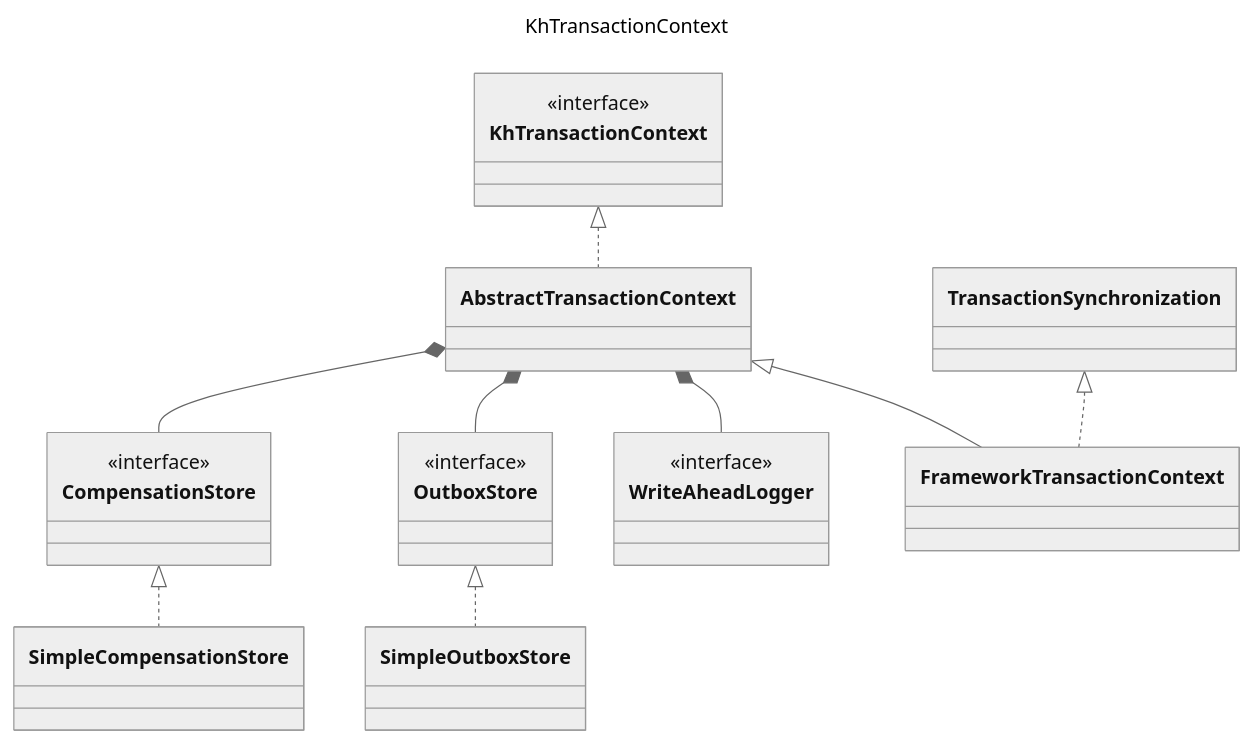
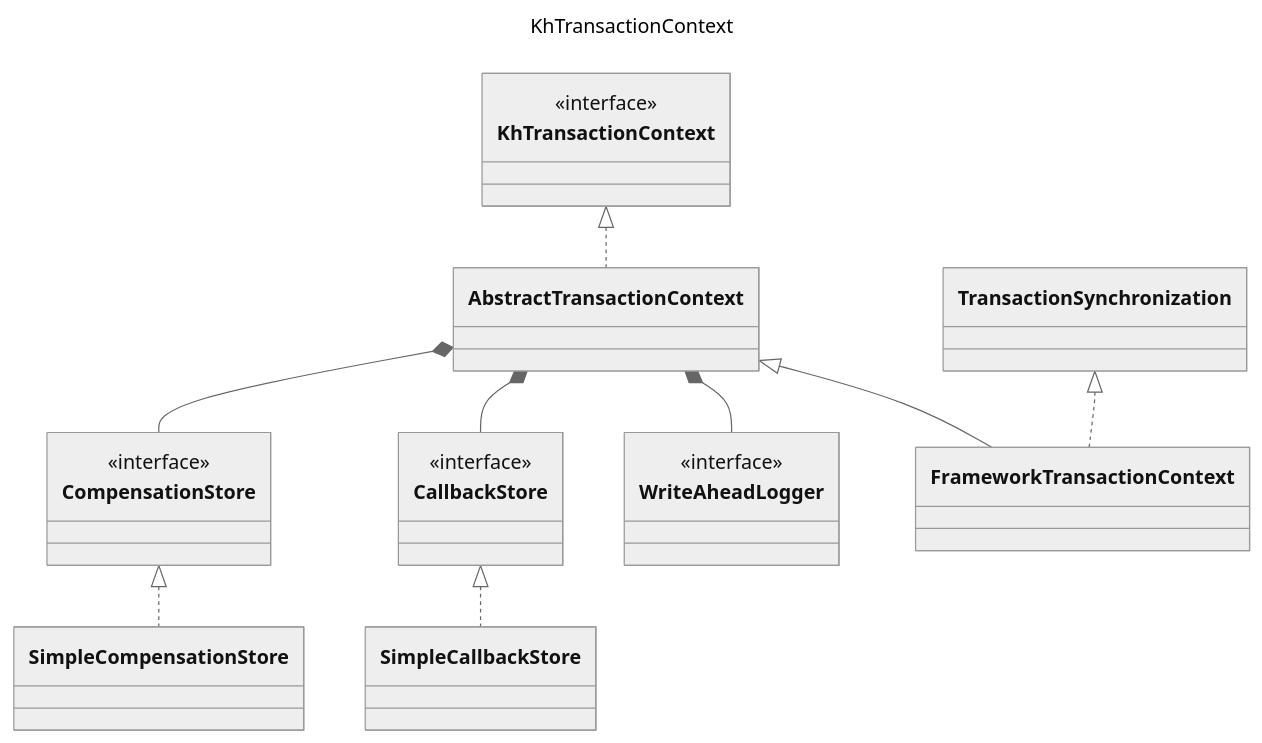
The fifth of 5 diagrams in README.md (keyhub-projects/distributed-transaction-kit), drawn with Mermaid (neutral theme) before and after one commit. The commit also changed other lines of this file and 28 other files, not shown here.

````diff
--- a/README.md
+++ b/README.md
@@ -417,41 +414,41 @@
 ```mermaid
 ---
 title: KhTransactionContext
 ---
 classDiagram
     class KhTransactionContext {
     }
     <<interface>> KhTransactionContext
     
     class AbstractTransactionContext {
     }
     KhTransactionContext <|.. AbstractTransactionContext
     
     class CompensationStore {
     }
     <<interface>> CompensationStore
     
     class SimpleCompensationStore {
     }
     CompensationStore <|.. SimpleCompensationStore
     AbstractTransactionContext *-- CompensationStore
     
-    class OutboxStore {
+    class CallbackStore {
     }
-    <<interface>> OutboxStore
+    <<interface>> CallbackStore
     
-    class SimpleOutboxStore {
+    class SimpleCallbackStore {
     }
-    OutboxStore <|.. SimpleOutboxStore
-    AbstractTransactionContext *-- OutboxStore
+    CallbackStore <|.. SimpleCallbackStore
+    AbstractTransactionContext *-- CallbackStore
     
     class WriteAheadLogger {
     }
     <<interface>> WriteAheadLogger
     AbstractTransactionContext *-- WriteAheadLogger
 
     class FrameworkTransactionContext {
     }
     AbstractTransactionContext <|-- FrameworkTransactionContext
     TransactionSynchronization <|.. FrameworkTransactionContext
 ```
````
